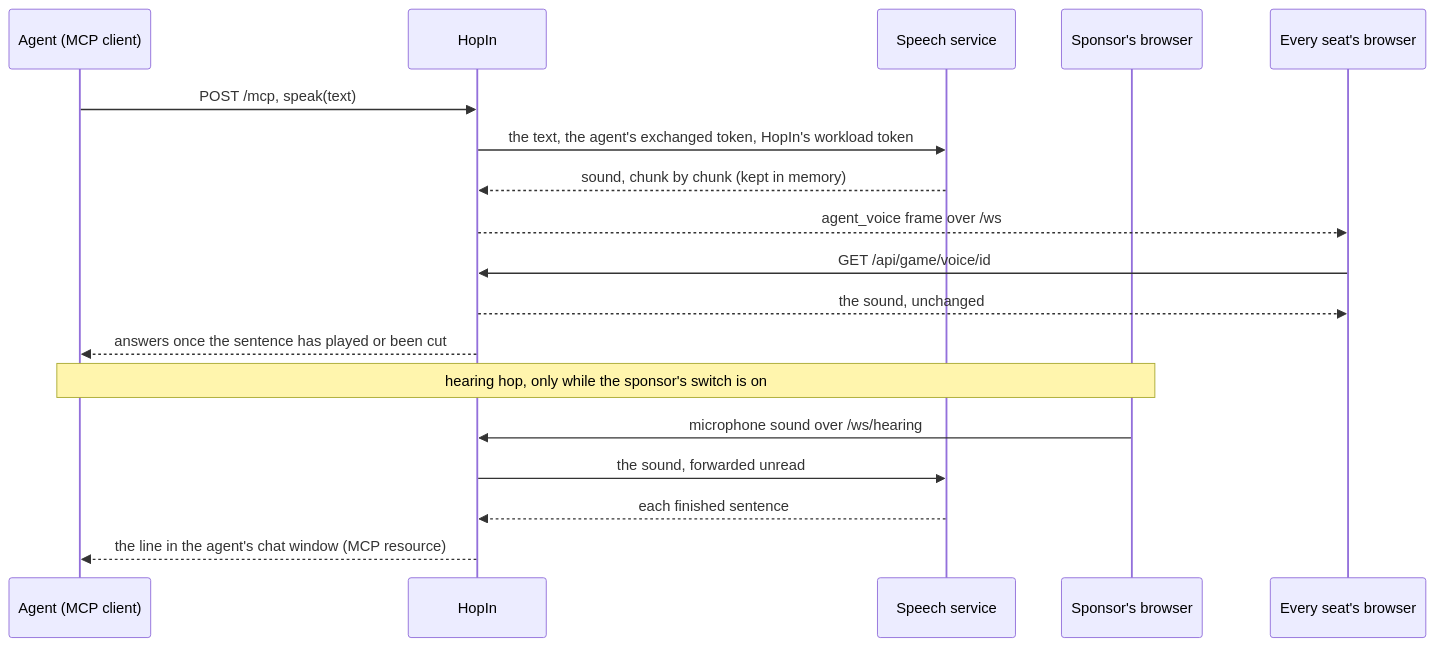
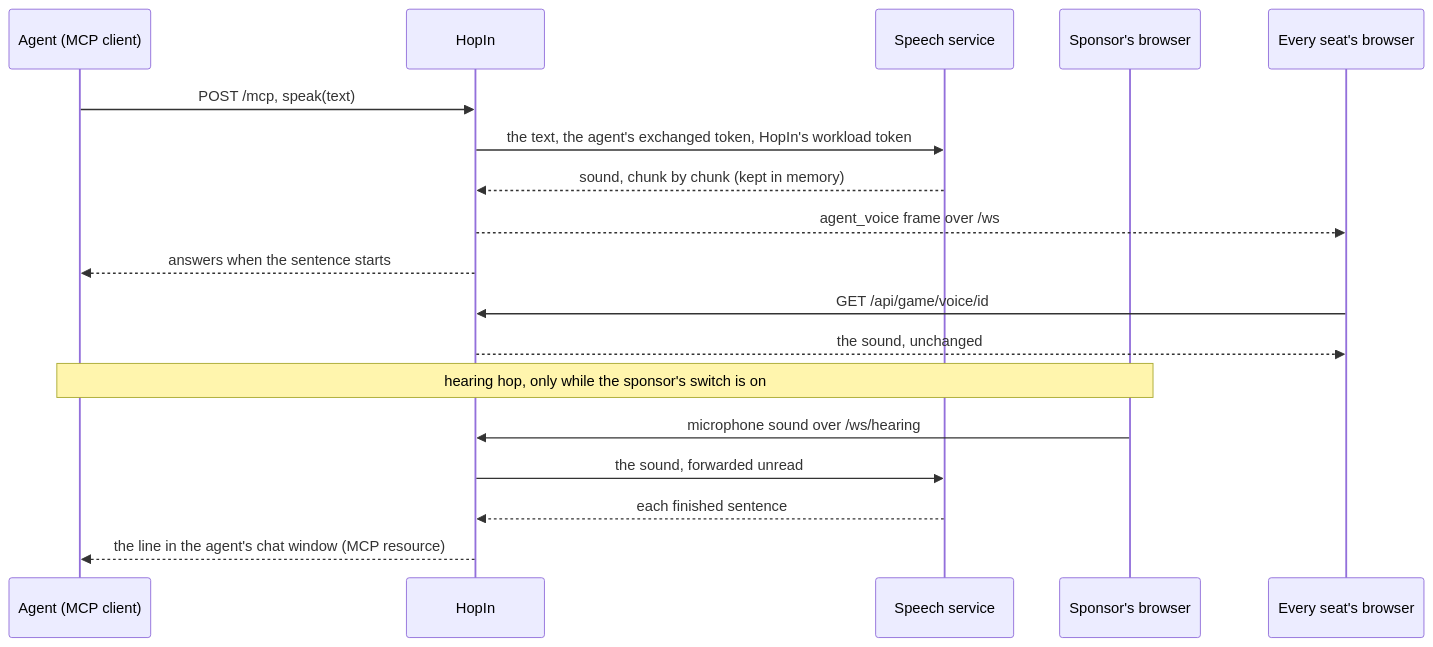
One commit to overnightworks/hopin changed the fourth of 4 diagrams in docs/ARCHITECTURE.md. Above: the diagram before and after it, drawn with Mermaid. The commit also changed other lines of this file, not shown here.

Commit message:
Fix the speak answer time, the caption and limits pointers, and restore two trust facts in ARCHITECTURE

````diff
--- a/docs/ARCHITECTURE.md
+++ b/docs/ARCHITECTURE.md
@@ -106,20 +106,20 @@
 ```mermaid
 sequenceDiagram
     participant G as Agent (MCP client)
     participant H as HopIn
     participant SP as Speech service
     participant S as Sponsor's browser
     participant B as Every seat's browser
     G->>H: POST /mcp, speak(text)
     H->>SP: the text, the agent's exchanged token, HopIn's workload token
     SP-->>H: sound, chunk by chunk (kept in memory)
     H-->>B: agent_voice frame over /ws
+    H-->>G: answers when the sentence starts
     B->>H: GET /api/game/voice/id
     H-->>B: the sound, unchanged
-    H-->>G: answers once the sentence has played or been cut
     Note over S,G: hearing hop, only while the sponsor's switch is on
     S->>H: microphone sound over /ws/hearing
     H->>SP: the sound, forwarded unread
     SP-->>H: each finished sentence
     H-->>G: the line in the agent's chat window (MCP resource)
 ```
````
